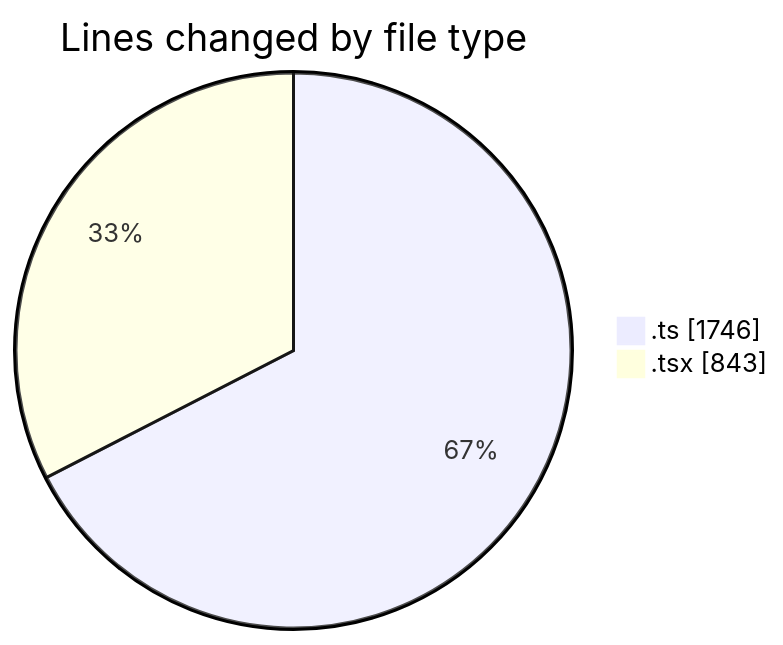
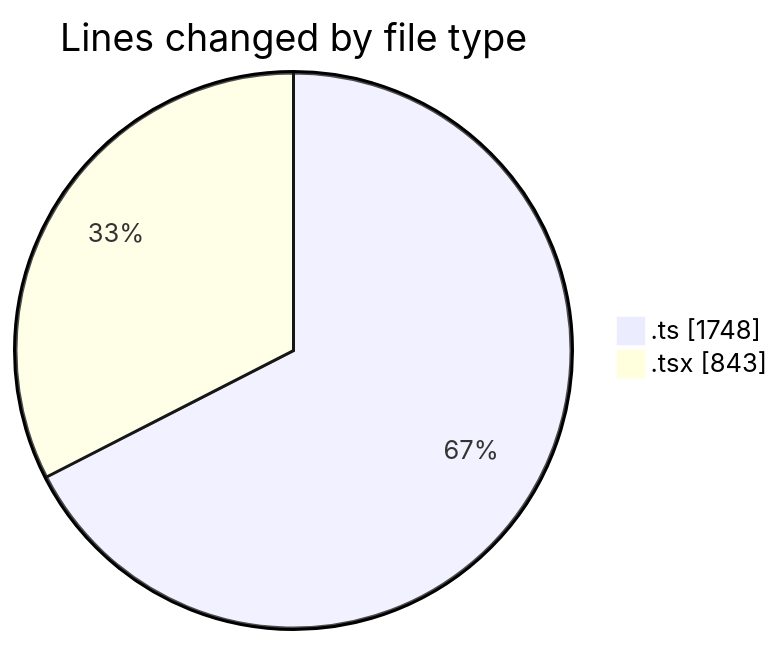
The first of 2 diagrams in 2025-06-22/archive/README.md (JenPaints/code-tracking), drawn with Mermaid before and after one commit. The commit also changed other lines of this file and 1 other file, not shown here.

````diff
--- a/2025-06-22/archive/README.md
+++ b/2025-06-22/archive/README.md
@@ -25,6 +25,6 @@
 ```mermaid
 pie showData
 title Lines changed by file type
-".ts" : 1746
+".ts" : 1748
 ".tsx" : 843
 ```
````
